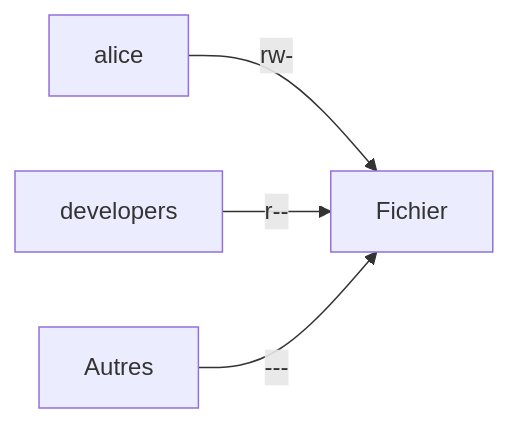
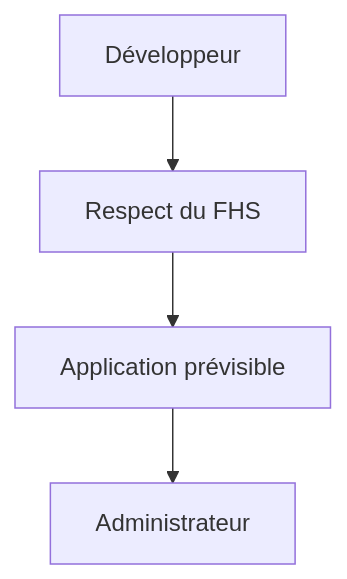
One commit to tdelaclos/formations changed the tenth of 15 diagrams in campagne 1/1.6.md. Above: the diagram before and after it, drawn with Mermaid. The commit also changed other lines of this file, not shown here.

````diff
--- a/campagne 1/1.6.md
+++ b/campagne 1/1.6.md
@@ -566,17 +659,15 @@
 ```mermaid
-flowchart LR
+flowchart TD
 
-A["alice"]
+A["Développeur"]
 
-B["developers"]
+B["Respect du FHS"]
 
-C["Fichier"]
+C["Application prévisible"]
 
-D["Autres"]
+D["Administrateur"]
 
-A -->|"rw-"| C
-
-B -->|"r--"| C
-
-D -->|"---"| C
+A --> B
+B --> C
+C --> D
 ```
````
